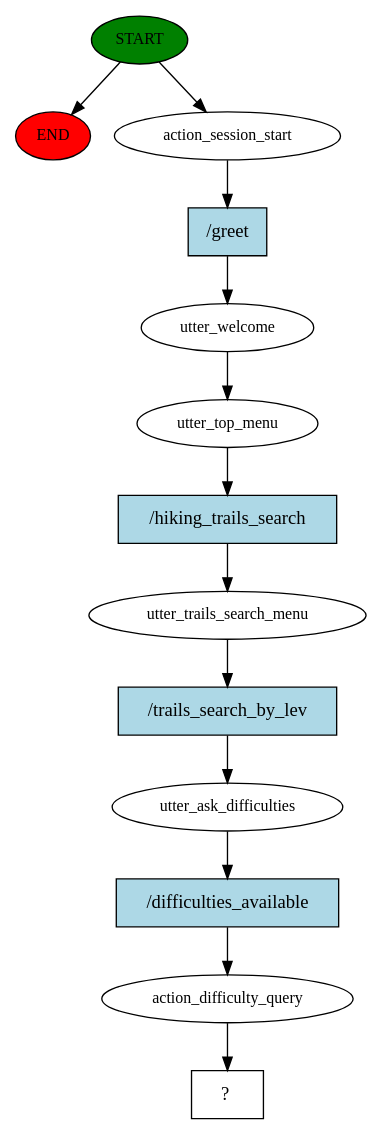
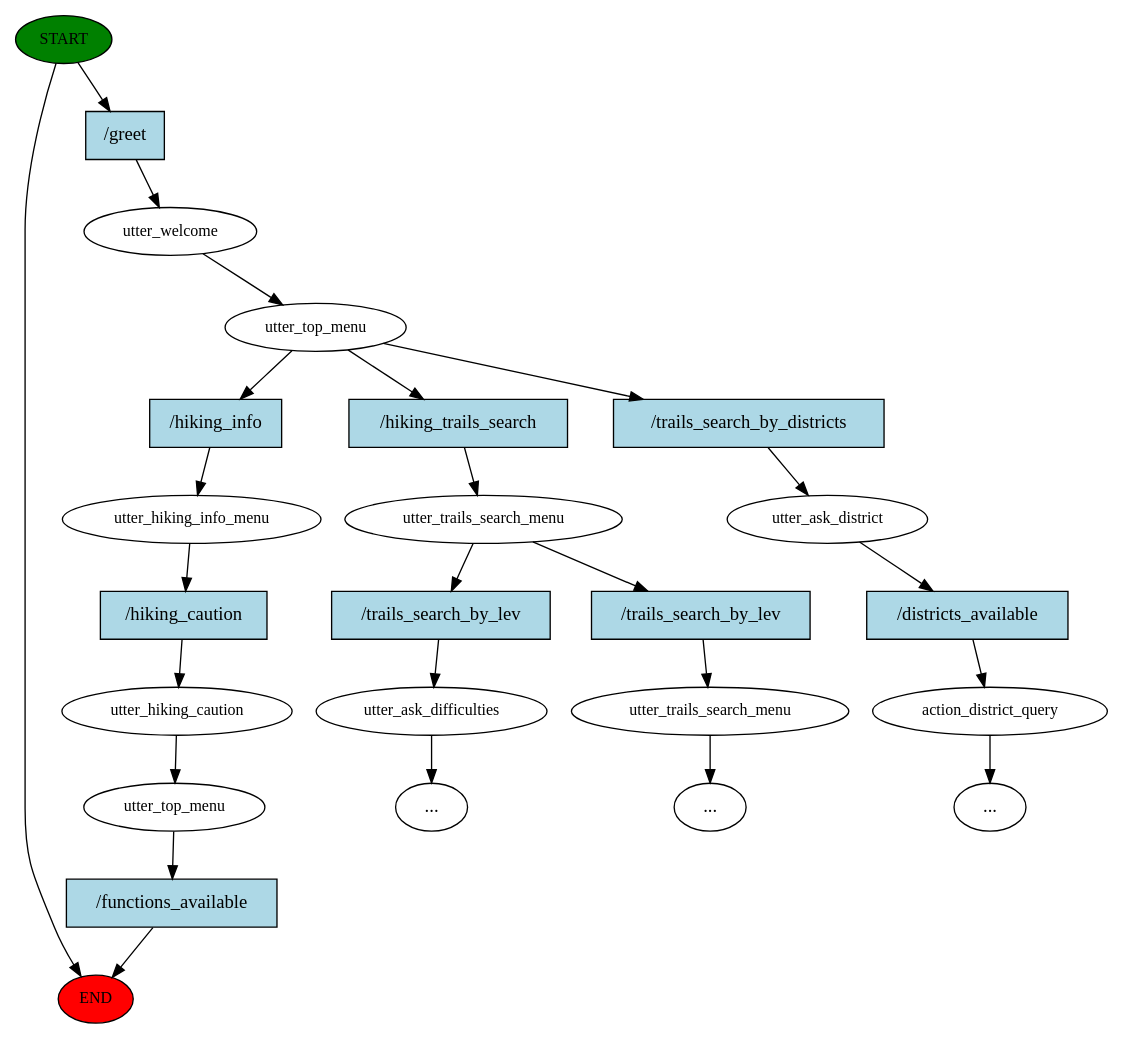
Before and after one commit to lemonJohn755/FYP_Chatbot: the diagram in story_graph.dot, drawn with Graphviz. The commit also changed 313 other files, not shown here.

```diff
--- a/story_graph.dot
+++ b/story_graph.dot
@@ -1,27 +1,50 @@
 digraph  {
 0 [class="start active", fillcolor=green, fontsize=12, label=START, style=filled];
 "-1" [class=end, fillcolor=red, fontsize=12, label=END, style=filled];
-1 [class=active, fontsize=12, label=action_session_start];
-2 [class=active, fontsize=12, label=utter_welcome];
-3 [class=active, fontsize=12, label=utter_top_menu];
-4 [class=active, fontsize=12, label=utter_trails_search_menu];
-5 [class=active, fontsize=12, label=utter_ask_difficulties];
-6 [class=active, fontsize=12, label=action_difficulty_query];
-7 [class="intent dashed active", label="  ?  ", shape=rect];
-8 [class="intent active", fillcolor=lightblue, label="/greet", shape=rect, style=filled];
-9 [class="intent active", fillcolor=lightblue, label="/hiking_trails_search", shape=rect, style=filled];
-10 [class="intent active", fillcolor=lightblue, label="/trails_search_by_lev", shape=rect, style=filled];
-11 [class="intent active", fillcolor=lightblue, label="/difficulties_available", shape=rect, style=filled];
+1 [class=active, fontsize=12, label=utter_welcome];
+2 [class=active, fontsize=12, label=utter_top_menu];
+3 [class=active, fontsize=12, label=utter_hiking_info_menu];
+4 [class=active, fontsize=12, label=utter_hiking_caution];
+5 [class="active dashed", fontsize=12, label=utter_top_menu];
+8 [class="", fontsize=12, label=utter_trails_search_menu];
+9 [class="", fontsize=12, label=utter_ask_difficulties];
+"-3" [class=ellipsis, label="..."];
+12 [class="", fontsize=12, label=utter_ask_district];
+13 [class="", fontsize=12, label=action_district_query];
+"-4" [class=ellipsis, label="..."];
+17 [class="", fontsize=12, label=utter_trails_search_menu];
+"-5" [class=ellipsis, label="..."];
+23 [class="intent active", fillcolor=lightblue, label="/greet", shape=rect, style=filled];
+24 [class="intent active", fillcolor=lightblue, label="/hiking_info", shape=rect, style=filled];
+25 [class=intent, fillcolor=lightblue, label="/hiking_trails_search", shape=rect, style=filled];
+26 [class=intent, fillcolor=lightblue, label="/trails_search_by_districts", shape=rect, style=filled];
+27 [class="intent active", fillcolor=lightblue, label="/hiking_caution", shape=rect, style=filled];
+28 [class=intent, fillcolor=lightblue, label="/functions_available", shape=rect, style=filled];
+29 [class=intent, fillcolor=lightblue, label="/trails_search_by_lev", shape=rect, style=filled];
+30 [class=intent, fillcolor=lightblue, label="/trails_search_by_lev", shape=rect, style=filled];
+31 [class=intent, fillcolor=lightblue, label="/districts_available", shape=rect, style=filled];
 0 -> "-1"  [class="", key=NONE, label=""];
-0 -> 1  [class=active, key=NONE, label=""];
-1 -> 8  [class=active, key=0];
-2 -> 3  [class=active, key=NONE, label=""];
-3 -> 9  [class=active, key=0];
-4 -> 10  [class=active, key=0];
-5 -> 11  [class=active, key=0];
-6 -> 7  [class=active, key=NONE, label=""];
-8 -> 2  [class=active, key=0];
-9 -> 4  [class=active, key=0];
-10 -> 5  [class=active, key=0];
-11 -> 6  [class=active, key=0];
+0 -> 23  [class=active, key=0];
+1 -> 2  [class=active, key=NONE, label=""];
+2 -> 24  [class=active, key=0];
+2 -> 25  [class="", key=0];
+2 -> 26  [class="", key=0];
+3 -> 27  [class=active, key=0];
+4 -> 5  [class=active, key=NONE, label=""];
+5 -> 28  [class="", key=0];
+8 -> 29  [class="", key=0];
+8 -> 30  [class="", key=0];
+9 -> "-3"  [class="", key=NONE, label=""];
+12 -> 31  [class="", key=0];
+13 -> "-4"  [class="", key=NONE, label=""];
+17 -> "-5"  [class="", key=NONE, label=""];
+23 -> 1  [class=active, key=0];
+24 -> 3  [class=active, key=0];
+25 -> 8  [class="", key=0];
+26 -> 12  [class="", key=0];
+27 -> 4  [class=active, key=0];
+28 -> "-1"  [class="", key=0];
+29 -> 9  [class="", key=0];
+30 -> 17  [class="", key=0];
+31 -> 13  [class="", key=0];
 }
```
